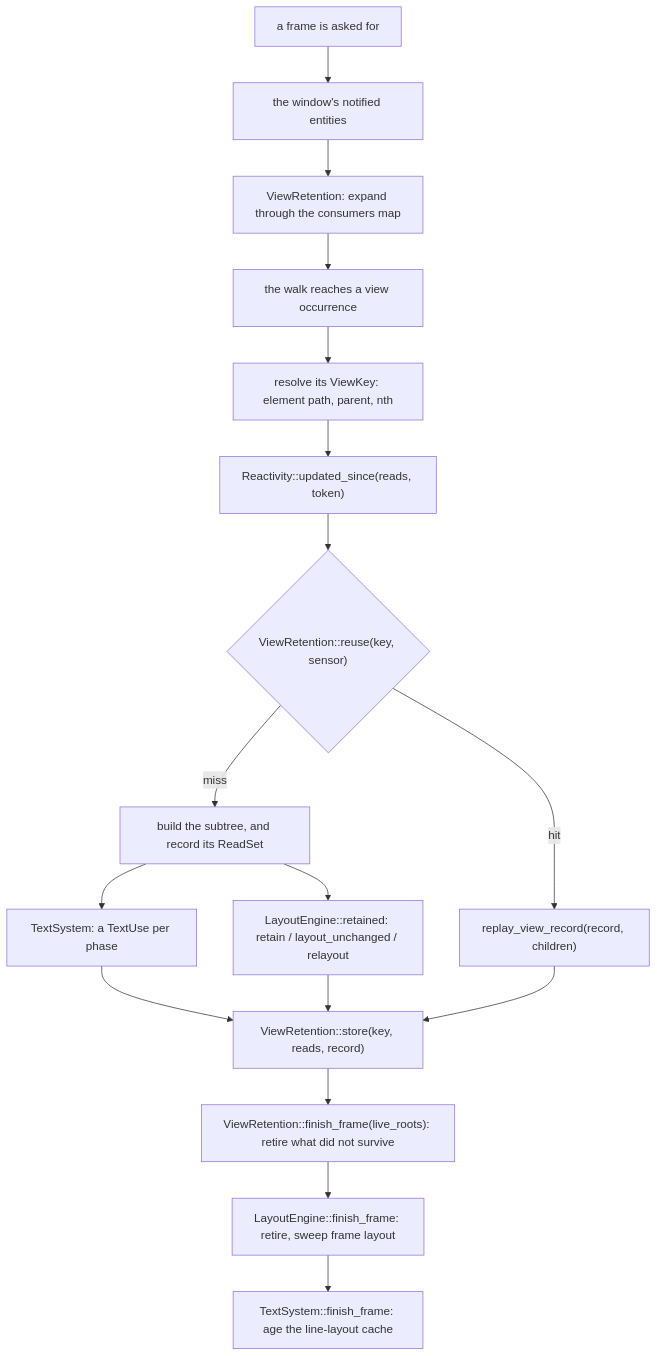
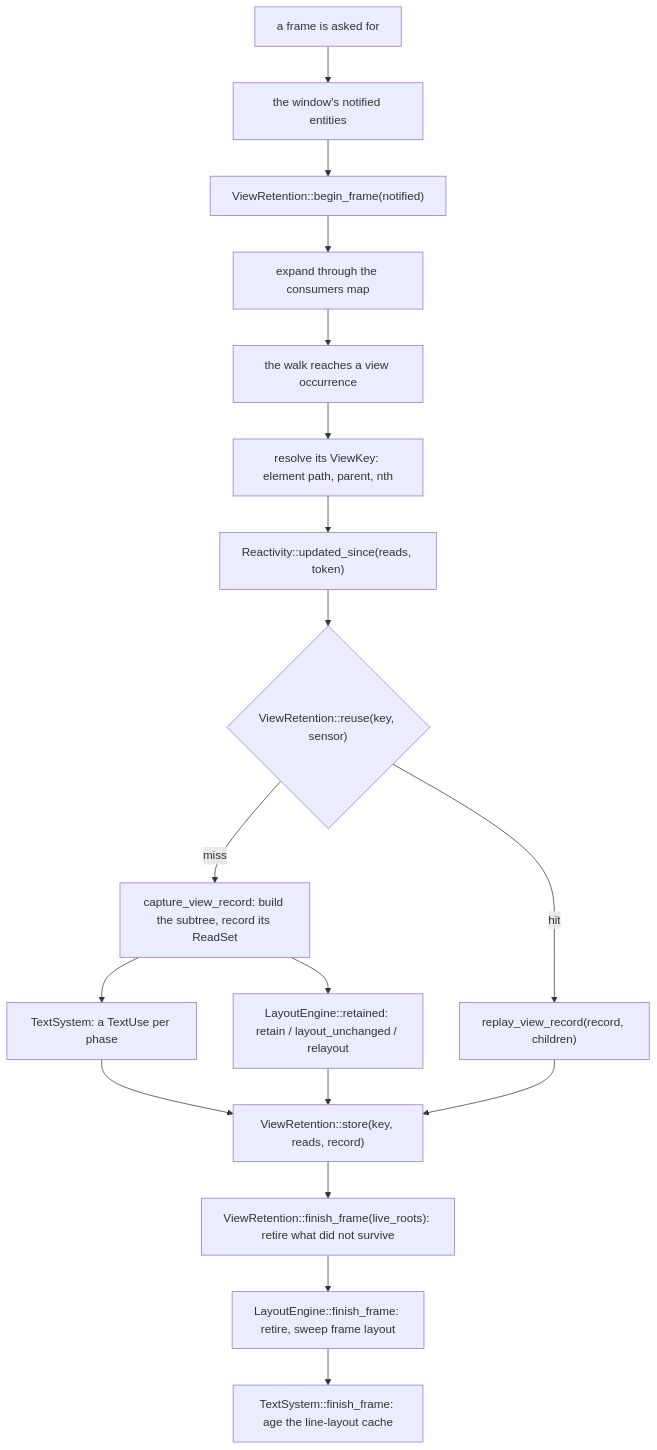
The diagram in architecture/retention-seams.md (bite-gpui/bite-gpui-project), drawn with Mermaid before and after one commit. The commit also changed other lines of this file and 4 other files, not shown here.

````diff
--- a/architecture/retention-seams.md
+++ b/architecture/retention-seams.md
@@ -305,19 +304,20 @@
 ```mermaid
 flowchart TD
     ask["a frame is asked for"] --> notified["the window's notified entities"]
-    notified --> dirty["ViewRetention: expand through the consumers map"]
+    notified --> begin["ViewRetention::begin_frame(notified)"]
+    begin --> dirty["expand through the consumers map"]
     dirty --> occ["the walk reaches a view occurrence"]
     occ --> key["resolve its ViewKey: element path, parent, nth"]
     key --> sensor["Reactivity::updated_since(reads, token)"]
     sensor --> reuse{"ViewRetention::reuse(key, sensor)"}
     reuse -->|"hit"| replay["replay_view_record(record, children)"]
-    reuse -->|"miss"| build["build the subtree, and record its ReadSet"]
+    reuse -->|"miss"| build["capture_view_record: build the subtree, record its ReadSet"]
     build --> text["TextSystem: a TextUse per phase"]
     build --> layout["LayoutEngine::retained: retain / layout_unchanged / relayout"]
     text --> store["ViewRetention::store(key, reads, record)"]
     layout --> store
     replay --> store
-    store --> reconcile["ViewRetention::finish_frame(live_roots): retire what did not survive"]
-    reconcile --> sweep["LayoutEngine::finish_frame: retire, sweep frame layout"]
+    store --> finish["ViewRetention::finish_frame(live_roots): retire what did not survive"]
+    finish --> sweep["LayoutEngine::finish_frame: retire, sweep frame layout"]
     sweep --> aging["TextSystem::finish_frame: age the line-layout cache"]
 ```
````
